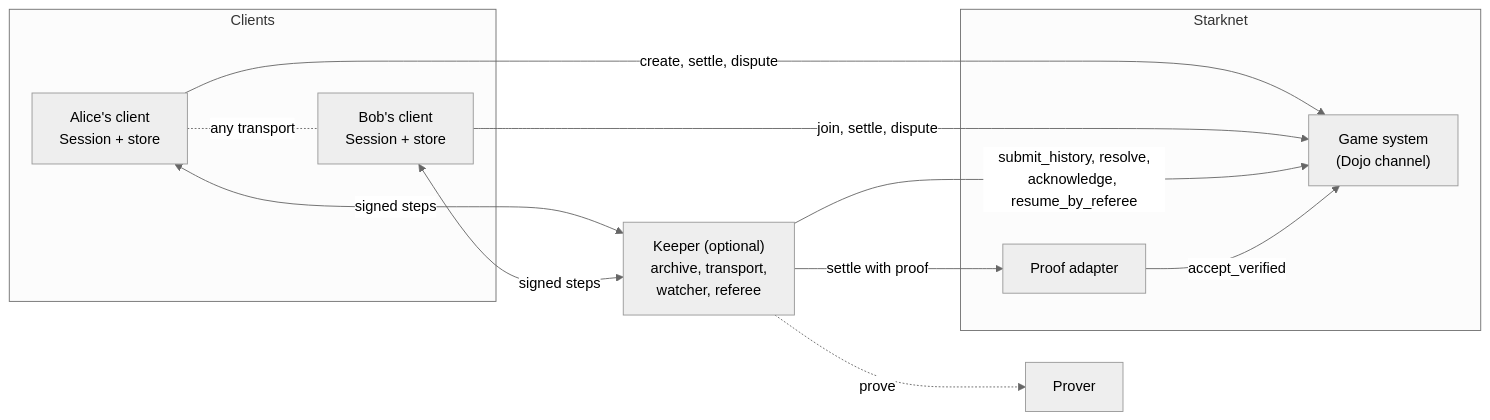
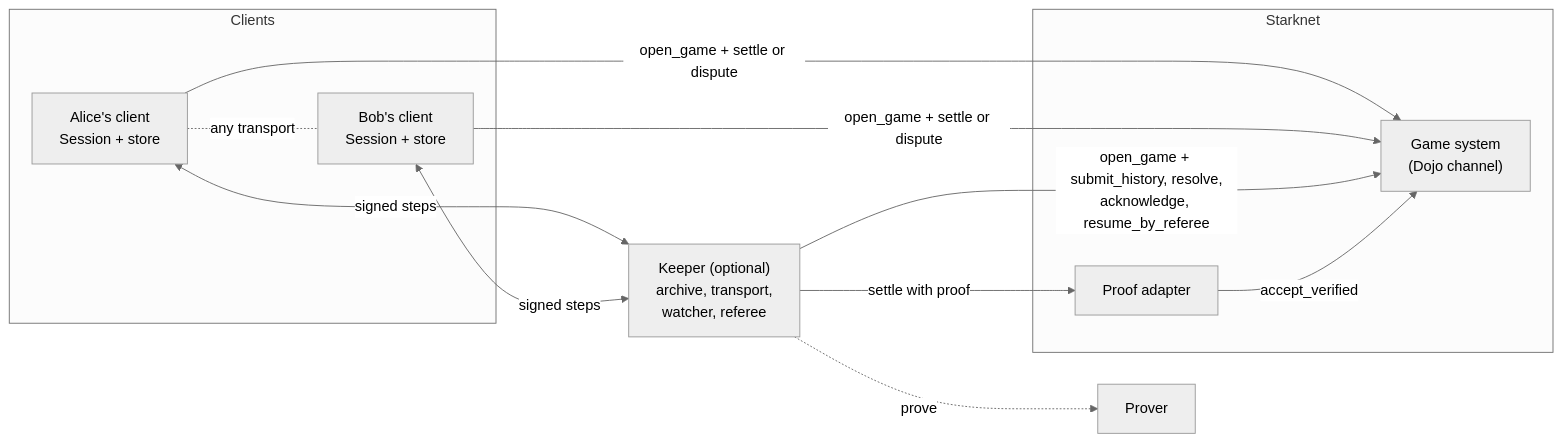
Before and after one commit to broody/arbiter: the first of 4 diagrams in docs/src/pages/how-it-works.mdx, drawn with Mermaid (neutral theme). The commit also changed other lines of this file and 27 other files, not shown here.

````diff
--- a/docs/src/pages/how-it-works.mdx
+++ b/docs/src/pages/how-it-works.mdx
@@ -8,22 +8,22 @@
 ```mermaid
 flowchart LR
   subgraph Clients
     A["Alice's client<br/>Session + store"]
     B["Bob's client<br/>Session + store"]
   end
   K["Keeper (optional)<br/>archive, transport,<br/>watcher, referee"]
   subgraph Starknet
     C["Game system<br/>(Dojo channel)"]
     P["Proof adapter"]
   end
   G["Prover"]
   A <-- signed steps --> K
   B <-- signed steps --> K
   A -. any transport .- B
-  A -- create, settle, dispute --> C
-  B -- join, settle, dispute --> C
-  K -- "submit_history, resolve,<br/>acknowledge, resume_by_referee" --> C
+  A -- "open_game + settle or dispute" --> C
+  B -- "open_game + settle or dispute" --> C
+  K -- "open_game + submit_history, resolve,<br/>acknowledge, resume_by_referee" --> C
   K -- settle with proof --> P
   P -- accept_verified --> C
   K -. prove .-> G
 ```
````
